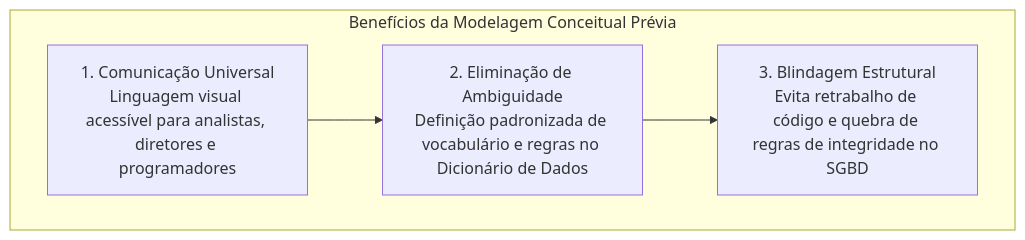
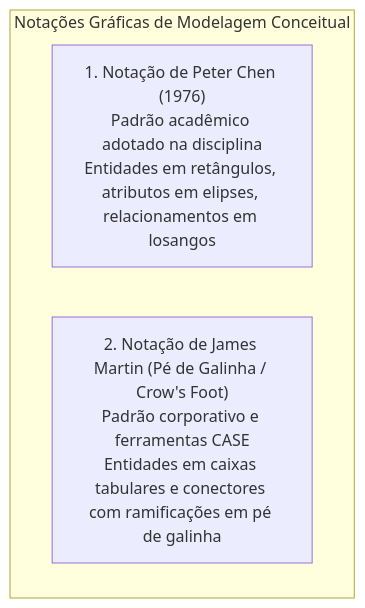
The third of 7 diagrams in 02. Modelagem de Dados/05. Modelagem de entidades e tipos de atributos.md (leorruas/puc), drawn with Mermaid before and after one commit. The commit also changed other lines of this file and 1 other file, not shown here.

Commit message:
feat(modelagem-dados): integrate user lecture notes on entity/attribute modeling, Chen vs James Martin, key types and IMC example into article 05

````diff
--- a/02. Modelagem de Dados/05. Modelagem de entidades e tipos de atributos.md
+++ b/02. Modelagem de Dados/05. Modelagem de entidades e tipos de atributos.md
@@ -80,10 +98,7 @@
 ```mermaid
 flowchart TD
-    subgraph SubgraphPapelModelagem["Benefícios da Modelagem Conceitual Prévia"]
-        Comun["1. Comunicação Universal<br>Linguagem visual acessível para analistas, diretores e programadores"]
-        Consist["2. Eliminação de Ambiguidade<br>Definição padronizada de vocabulário e regras no Dicionário de Dados"]
-        Qualidade["3. Blindagem Estrutural<br>Evita retrabalho de código e quebra de regras de integridade no SGBD"]
+    subgraph SubgraphNotacoes["Notações Gráficas de Modelagem Conceitual"]
+        Chen["1. Notação de Peter Chen (1976)<br>Padrão acadêmico adotado na disciplina<br>Entidades em retângulos, atributos em elipses, relacionamentos em losangos"]
+        Martin["2. Notação de James Martin (Pé de Galinha / Crow's Foot)<br>Padrão corporativo e ferramentas CASE<br>Entidades em caixas tabulares e conectores com ramificações em pé de galinha"]
     end
-
-    Comun --> Consist --> Qualidade
 ```
````
